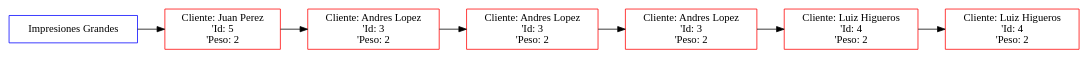
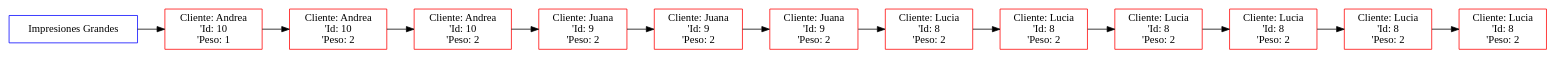
Before and after one commit to FranklinONP/EDD_PROYECTO_202200089: the diagram in Proyecto1/Proyecto1_202200089/Pruebas/PJ/grande.dot, drawn with Graphviz. The commit also changed 12 other files, not shown here.

```diff
--- a/Proyecto1/Proyecto1_202200089/Pruebas/PJ/grande.dot
+++ b/Proyecto1/Proyecto1_202200089/Pruebas/PJ/grande.dot
@@ -1,16 +1,28 @@
  digraph G {
  rankdir=LR;
  inicio [label="Impresiones Grandes", color="blue", shape="rectangle"];
- node1 [label="Cliente: Juan Perez\n'Id: 5\n'Peso: 2", color="red", shape="rectangle"];
+ node1 [label="Cliente: Andrea\n'Id: 10\n'Peso: 1", color="red", shape="rectangle"];
  inicio -> node1 [dir="forward"];
- node2 [label="Cliente: Andres Lopez\n'Id: 3\n'Peso: 2", color="red", shape="rectangle"];
+ node2 [label="Cliente: Andrea\n'Id: 10\n'Peso: 2", color="red", shape="rectangle"];
  node1 -> node2 [dir="forward"];
- node3 [label="Cliente: Andres Lopez\n'Id: 3\n'Peso: 2", color="red", shape="rectangle"];
+ node3 [label="Cliente: Andrea\n'Id: 10\n'Peso: 2", color="red", shape="rectangle"];
  node2 -> node3 [dir="forward"];
- node4 [label="Cliente: Andres Lopez\n'Id: 3\n'Peso: 2", color="red", shape="rectangle"];
+ node4 [label="Cliente: Juana\n'Id: 9\n'Peso: 2", color="red", shape="rectangle"];
  node3 -> node4 [dir="forward"];
- node5 [label="Cliente: Luiz Higueros\n'Id: 4\n'Peso: 2", color="red", shape="rectangle"];
+ node5 [label="Cliente: Juana\n'Id: 9\n'Peso: 2", color="red", shape="rectangle"];
  node4 -> node5 [dir="forward"];
- node6 [label="Cliente: Luiz Higueros\n'Id: 4\n'Peso: 2", color="red", shape="rectangle"];
+ node6 [label="Cliente: Juana\n'Id: 9\n'Peso: 2", color="red", shape="rectangle"];
  node5 -> node6 [dir="forward"];
+ node7 [label="Cliente: Lucia\n'Id: 8\n'Peso: 2", color="red", shape="rectangle"];
+ node6 -> node7 [dir="forward"];
+ node8 [label="Cliente: Lucia\n'Id: 8\n'Peso: 2", color="red", shape="rectangle"];
+ node7 -> node8 [dir="forward"];
+ node9 [label="Cliente: Lucia\n'Id: 8\n'Peso: 2", color="red", shape="rectangle"];
+ node8 -> node9 [dir="forward"];
+ node10 [label="Cliente: Lucia\n'Id: 8\n'Peso: 2", color="red", shape="rectangle"];
+ node9 -> node10 [dir="forward"];
+ node11 [label="Cliente: Lucia\n'Id: 8\n'Peso: 2", color="red", shape="rectangle"];
+ node10 -> node11 [dir="forward"];
+ node12 [label="Cliente: Lucia\n'Id: 8\n'Peso: 2", color="red", shape="rectangle"];
+ node11 -> node12 [dir="forward"];
  }
```
